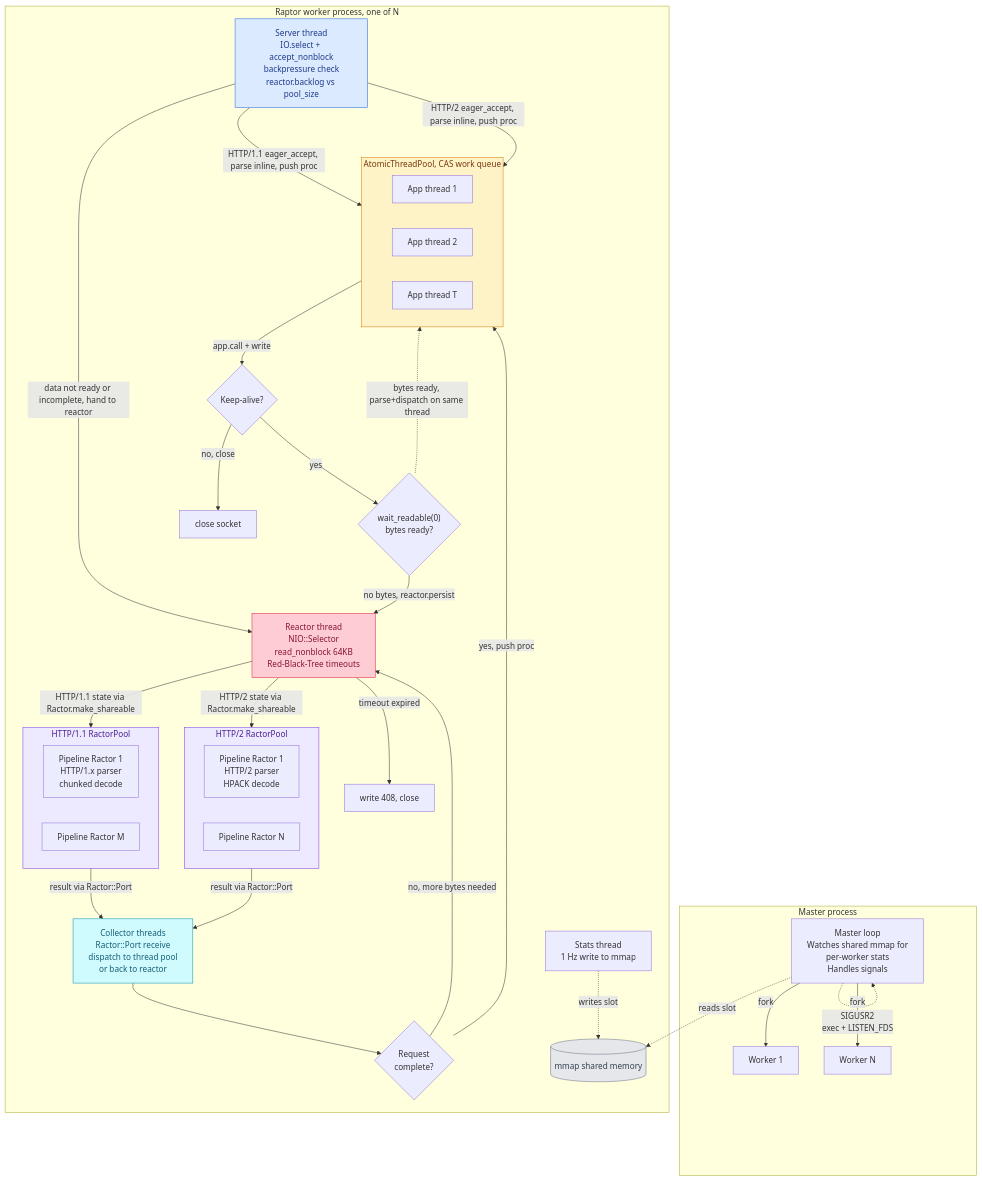
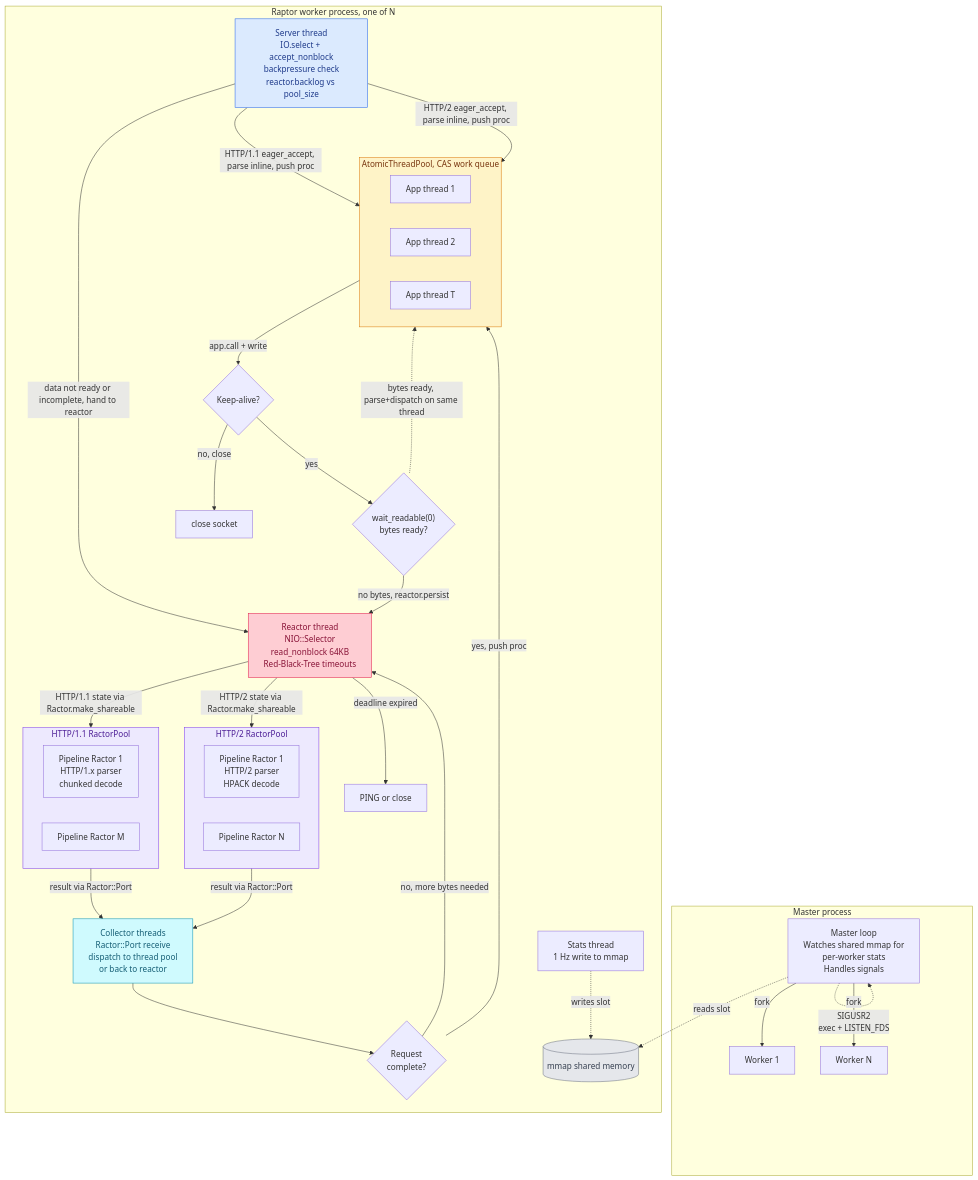
Before and after one commit to joshuay03/raptor: the second of 4 diagrams in docs/raptor-vs-puma.md, drawn with Mermaid. The commit also changed other lines of this file and 11 other files, not shown here.

````diff
--- a/docs/raptor-vs-puma.md
+++ b/docs/raptor-vs-puma.md
@@ -363,74 +363,74 @@
 ```mermaid
 flowchart TB
     subgraph Master["Master process"]
         MM["Master loop<br/>Watches shared mmap for<br/>per-worker stats<br/>Handles signals"]
         MM -->|"fork"| WK1["Worker 1"]
         MM -->|"fork"| WKN["Worker N"]
         MM -.->|"SIGUSR2<br/>exec + LISTEN_FDS"| MM
     end
 
     subgraph Worker["Raptor worker process, one of N"]
         SRV["Server thread<br/>IO.select + accept_nonblock<br/>backpressure check<br/>reactor.backlog vs pool_size"]
 
         RCT["Reactor thread<br/>NIO::Selector<br/>read_nonblock 64KB<br/>Red-Black-Tree timeouts"]
 
         subgraph RP1["HTTP/1.1 RactorPool"]
             RW1["Pipeline Ractor 1<br/>HTTP/1.x parser<br/>chunked decode"]
             RWM["Pipeline Ractor M"]
         end
 
         subgraph RP2["HTTP/2 RactorPool"]
             RW2["Pipeline Ractor 1<br/>HTTP/2 parser<br/>HPACK decode"]
             RWN["Pipeline Ractor N"]
         end
 
         COL["Collector threads<br/>Ractor::Port receive<br/>dispatch to thread pool<br/>or back to reactor"]
 
         subgraph ATP["AtomicThreadPool, CAS work queue"]
             TR1["App thread 1"]
             TR2["App thread 2"]
             TR3["App thread T"]
         end
 
         STA["Stats thread<br/>1 Hz write to mmap"]
 
         CHK{"Request<br/>complete?"}
         KA{"Keep-alive?"}
         EAG{"wait_readable(0)<br/>bytes ready?"}
 
         SRV -->|"HTTP/1.1 eager_accept, parse inline, push proc"| ATP
         SRV -->|"HTTP/2 eager_accept, parse inline, push proc"| ATP
         SRV -->|"data not ready or incomplete, hand to reactor"| RCT
         RCT -->|"HTTP/1.1 state via Ractor.make_shareable"| RP1
         RCT -->|"HTTP/2 state via Ractor.make_shareable"| RP2
         RP1 -->|"result via Ractor::Port"| COL
         RP2 -->|"result via Ractor::Port"| COL
         COL --> CHK
         CHK -->|"no, more bytes needed"| RCT
         CHK -->|"yes, push proc"| ATP
         ATP -->|"app.call + write"| KA
         KA -->|"no, close"| CLS["close socket"]
         KA -->|"yes"| EAG
         EAG -.->|"bytes ready, parse+dispatch on same thread"| ATP
         EAG -->|"no bytes, reactor.persist"| RCT
-        RCT -->|"timeout expired"| TO["write 408, close"]
+        RCT -->|"deadline expired"| TO["PING or close"]
 
         STA -.->|"writes slot"| SHM[("mmap shared memory")]
     end
 
     MM -.->|"reads slot"| SHM
 
     classDef accept fill:#dbeafe,stroke:#2563eb,color:#1e3a8a
     classDef reactor fill:#fecdd3,stroke:#e11d48,color:#881337
     classDef parse fill:#ede9fe,stroke:#7c3aed,color:#4c1d95
     classDef pool fill:#fef3c7,stroke:#d97706,color:#78350f
     classDef collector fill:#cffafe,stroke:#0891b2,color:#155e75
     classDef storage fill:#e5e7eb,stroke:#6b7280,color:#374151
     class SRV accept
     class RCT reactor
     class RP1 parse
     class RP2 parse
     class ATP pool
     class COL collector
     class SHM storage
 ```
````
